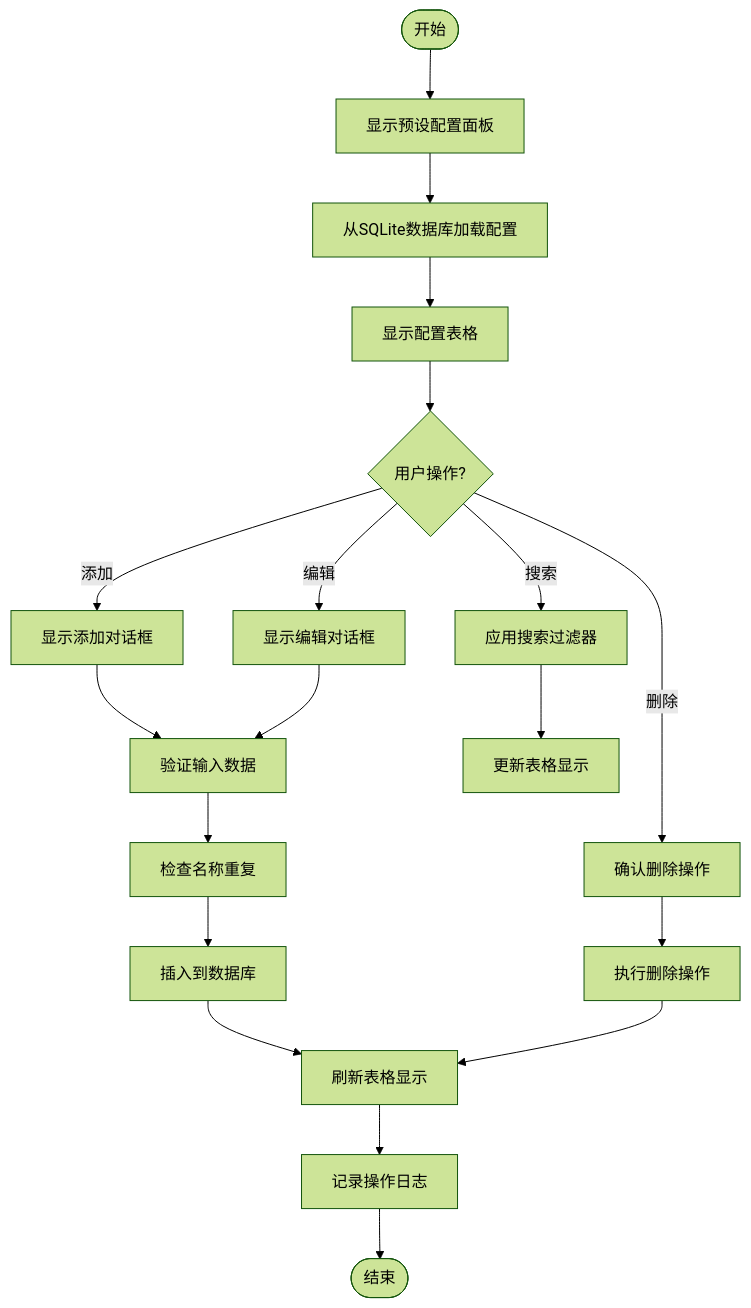
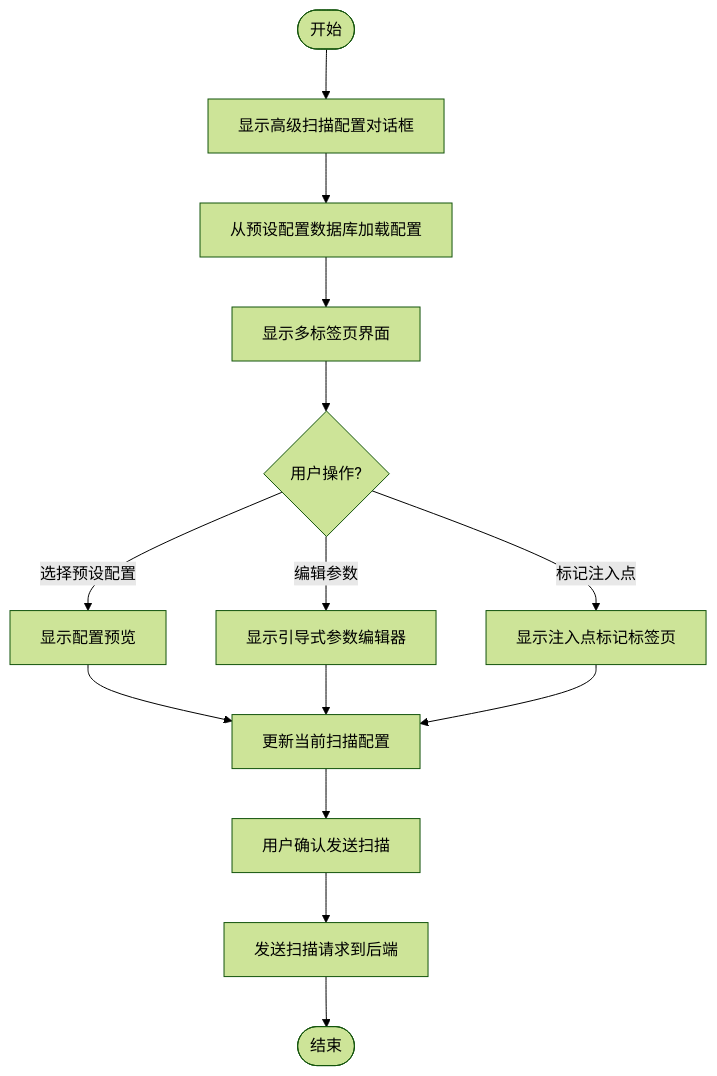
Before and after one commit to GitHubNull/sqlmapWebUI: the seventh of 10 diagrams in .qoder/repowiki/zh/content/外部系统集成/Burp Suite插件集成/Burp Suite插件集成.md, drawn with Mermaid (forest theme). The commit also changed other lines of this file and 4 other files, not shown here.

````diff
--- a/.qoder/repowiki/zh/content/外部系统集成/Burp Suite插件集成/Burp Suite插件集成.md
+++ b/.qoder/repowiki/zh/content/外部系统集成/Burp Suite插件集成/Burp Suite插件集成.md
@@ -256,21 +260,16 @@
 ```mermaid
 flowchart TD
-Start([开始]) --> ShowPanel["显示预设配置面板"]
-ShowPanel --> LoadData["从SQLite数据库加载配置"]
-LoadData --> DisplayTable["显示配置表格"]
-DisplayTable --> UserAction{"用户操作?"}
-UserAction -- 添加 --> ShowAddDialog["显示添加对话框"]
-UserAction -- 编辑 --> ShowEditDialog["显示编辑对话框"]
-UserAction -- 删除 --> ConfirmDelete["确认删除操作"]
-UserAction -- 搜索 --> ApplyFilter["应用搜索过滤器"]
-ShowAddDialog --> ValidateInput["验证输入数据"]
-ValidateInput --> CheckDuplicate["检查名称重复"]
-CheckDuplicate --> InsertDB["插入到数据库"]
-InsertDB --> RefreshTable["刷新表格显示"]
-ShowEditDialog --> ValidateInput
-ConfirmDelete --> ExecuteDelete["执行删除操作"]
-ExecuteDelete --> RefreshTable
-ApplyFilter --> UpdateTable["更新表格显示"]
-RefreshTable --> LogResult["记录操作日志"]
-LogResult --> End([结束])
+Start([开始]) --> ShowDialog["显示高级扫描配置对话框"]
+ShowDialog --> LoadPresets["从预设配置数据库加载配置"]
+LoadPresets --> DisplayTabs["显示多标签页界面"]
+DisplayTabs --> UserAction{"用户操作?"}
+UserAction -- 选择预设配置 --> ShowPreview["显示配置预览"]
+UserAction -- 编辑参数 --> ShowGuidedEditor["显示引导式参数编辑器"]
+UserAction -- 标记注入点 --> ShowInjectionTab["显示注入点标记标签页"]
+ShowPreview --> UpdateConfig["更新当前扫描配置"]
+ShowGuidedEditor --> UpdateConfig
+ShowInjectionTab --> UpdateConfig
+UpdateConfig --> ConfirmSend["用户确认发送扫描"]
+ConfirmSend --> SendRequest["发送扫描请求到后端"]
+SendRequest --> End([结束])
 ```
````
